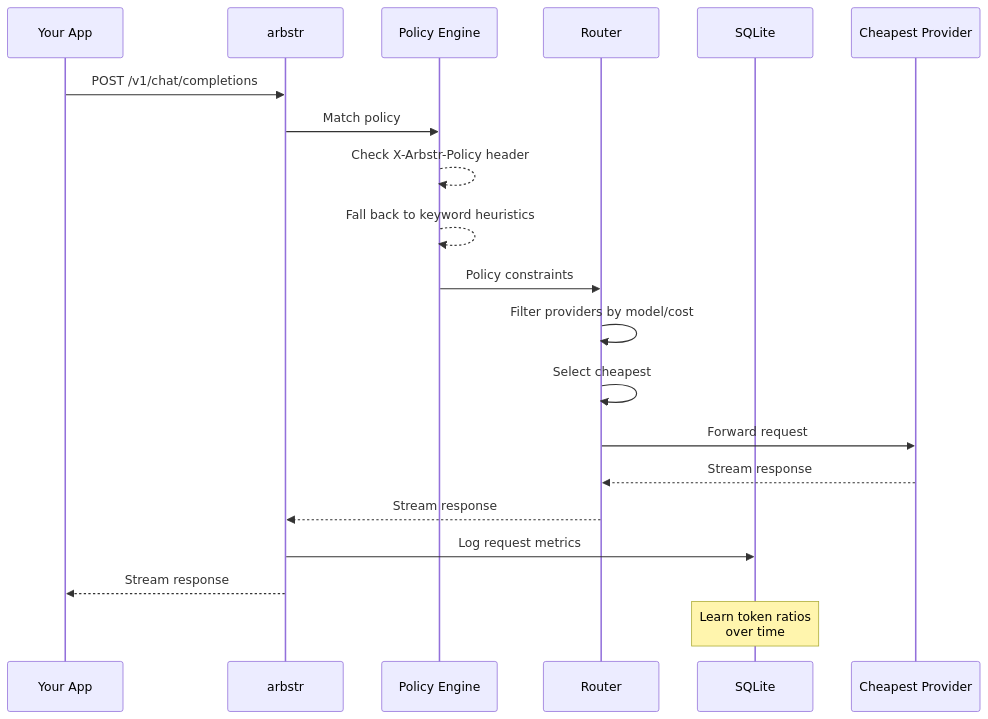
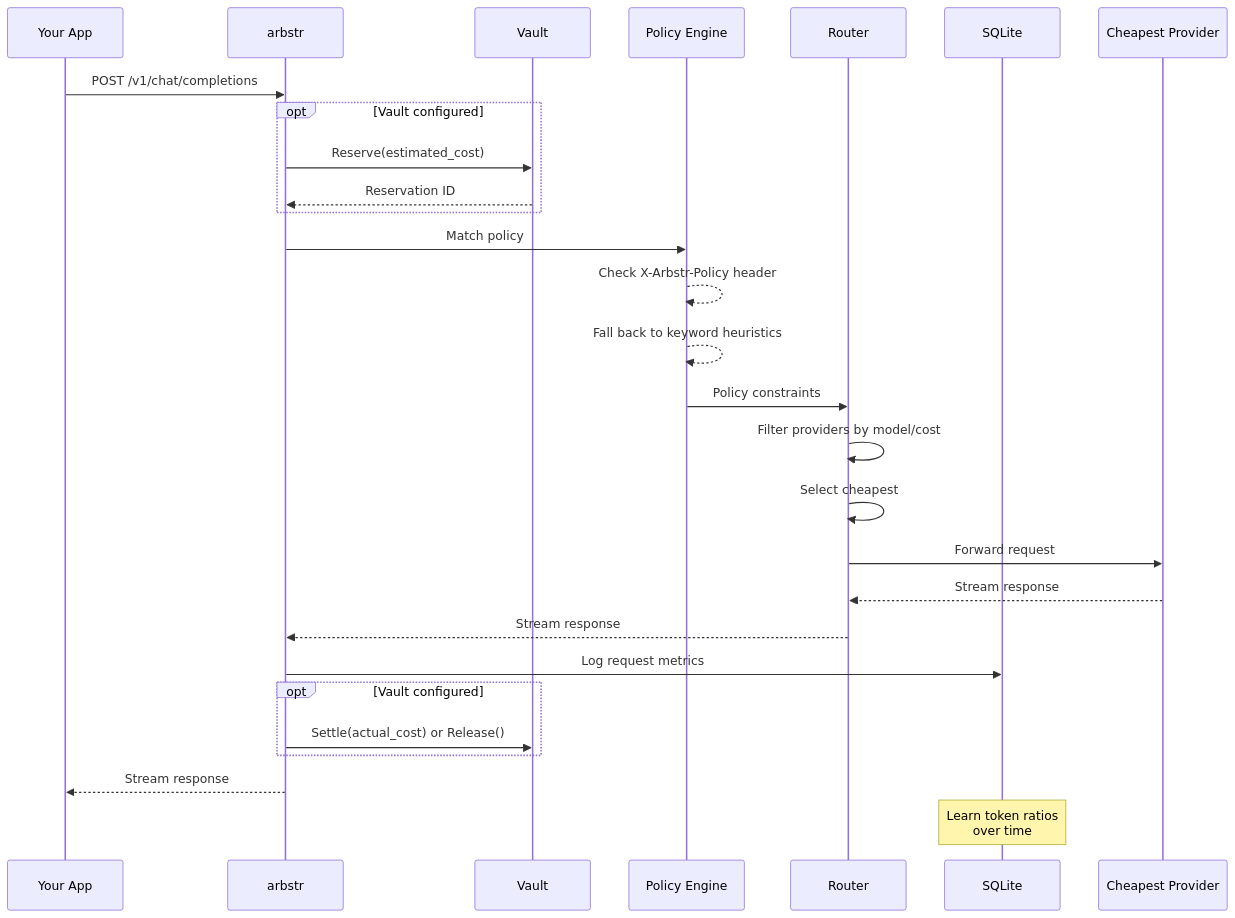
One commit to johnzilla/arbstr changed the second of 2 diagrams in DEVELOPMENT.md. Above: the diagram before and after it, drawn with Mermaid. The commit also changed other lines of this file and 2 other files, not shown here.

First line of the commit message:
docs: update all docs for v1.6 vault treasury integration

````diff
--- a/DEVELOPMENT.md
+++ b/DEVELOPMENT.md
@@ -72,24 +74,32 @@
 ```mermaid
 sequenceDiagram
     participant App as Your App
     participant Proxy as arbstr
+    participant Vault as Vault
     participant Policy as Policy Engine
     participant Router as Router
     participant DB as SQLite
     participant Provider as Cheapest Provider
 
     App->>Proxy: POST /v1/chat/completions
+    opt Vault configured
+        Proxy->>Vault: Reserve(estimated_cost)
+        Vault-->>Proxy: Reservation ID
+    end
     Proxy->>Policy: Match policy
     Policy-->>Policy: Check X-Arbstr-Policy header
     Policy-->>Policy: Fall back to keyword heuristics
     Policy->>Router: Policy constraints
     Router->>Router: Filter providers by model/cost
     Router->>Router: Select cheapest
     Router->>Provider: Forward request
     Provider-->>Router: Stream response
     Router-->>Proxy: Stream response
     Proxy->>DB: Log request metrics
+    opt Vault configured
+        Proxy->>Vault: Settle(actual_cost) or Release()
+    end
     Proxy-->>App: Stream response
 
     Note over DB: Learn token ratios<br/>over time
 ```
````
